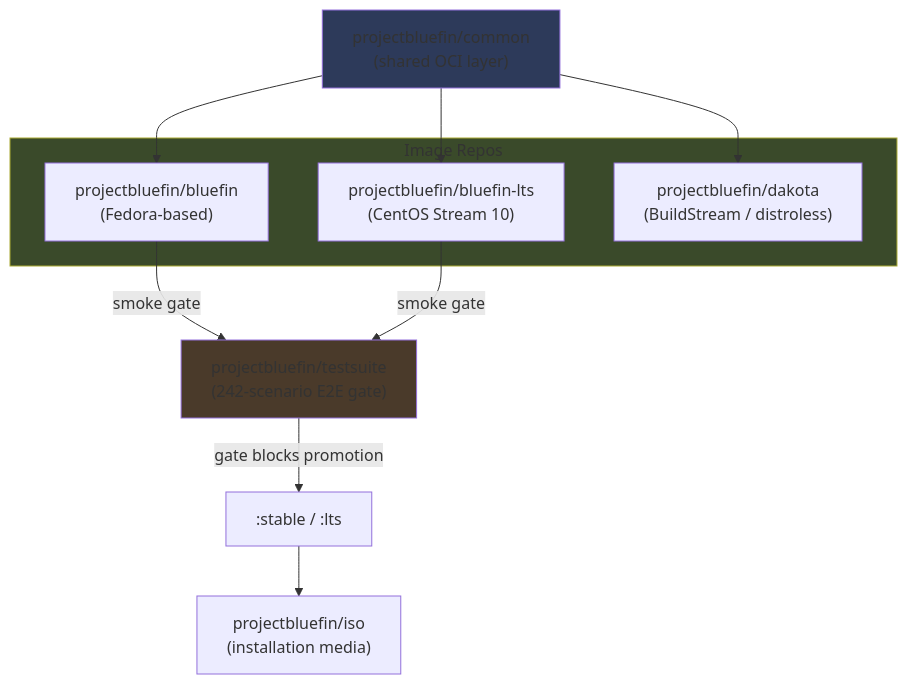
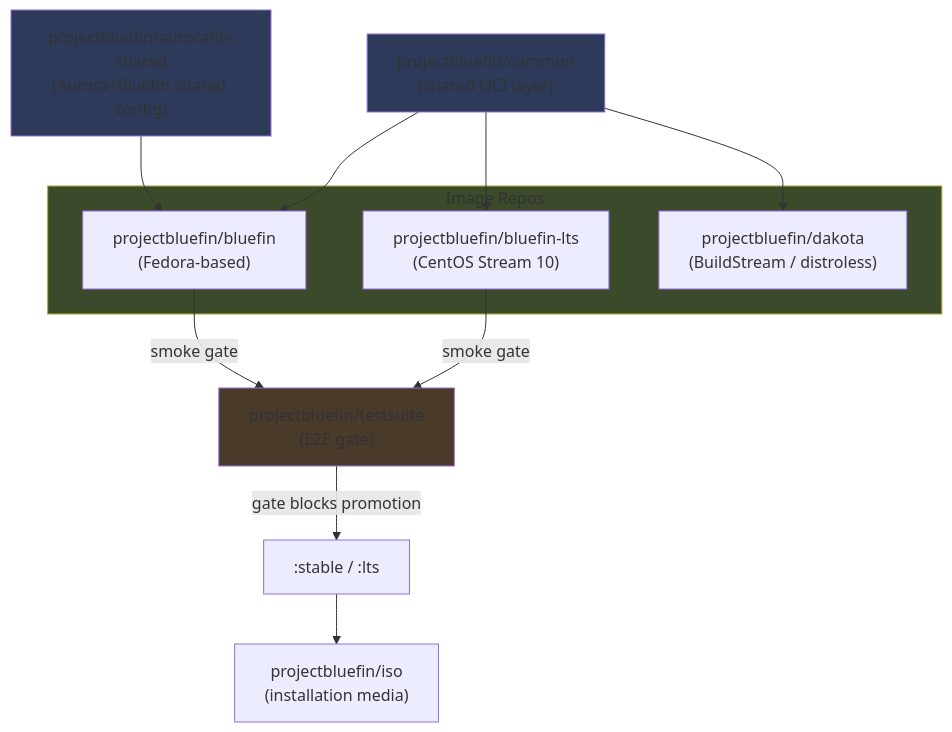
One commit to projectbluefin/documentation changed the third of 5 diagrams in docs/agentic-contributing.md. Above: the diagram before and after it, drawn with Mermaid. The commit also changed other lines of this file, not shown here.

````diff
--- a/docs/agentic-contributing.md
+++ b/docs/agentic-contributing.md
@@ -281,27 +281,30 @@
 ```mermaid
 flowchart TB
     common["projectbluefin/common\n(shared OCI layer)"]
+    shared["projectbluefin/aurorafin-shared\n(Aurora+Bluefin shared config)"]
 
     common --> bluefin
     common --> lts
     common --> dakota
+    shared --> bluefin
 
     subgraph images["Image Repos"]
         bluefin["projectbluefin/bluefin\n(Fedora-based)"]
         lts["projectbluefin/bluefin-lts\n(CentOS Stream 10)"]
         dakota["projectbluefin/dakota\n(BuildStream / distroless)"]
     end
 
-    testsuite["projectbluefin/testsuite\n(242-scenario E2E gate)"]
+    testsuite["projectbluefin/testsuite\n(E2E gate)"]
 
     bluefin -->|smoke gate| testsuite
     lts -->|smoke gate| testsuite
     testsuite -->|gate blocks promotion| stable[":stable / :lts"]
 
     iso["projectbluefin/iso\n(installation media)"]
     stable --> iso
 
     style common fill:#2d3a5a
+    style shared fill:#2d3a5a
     style images fill:#3a4a2a
     style testsuite fill:#4a3a2a
 ```
````
